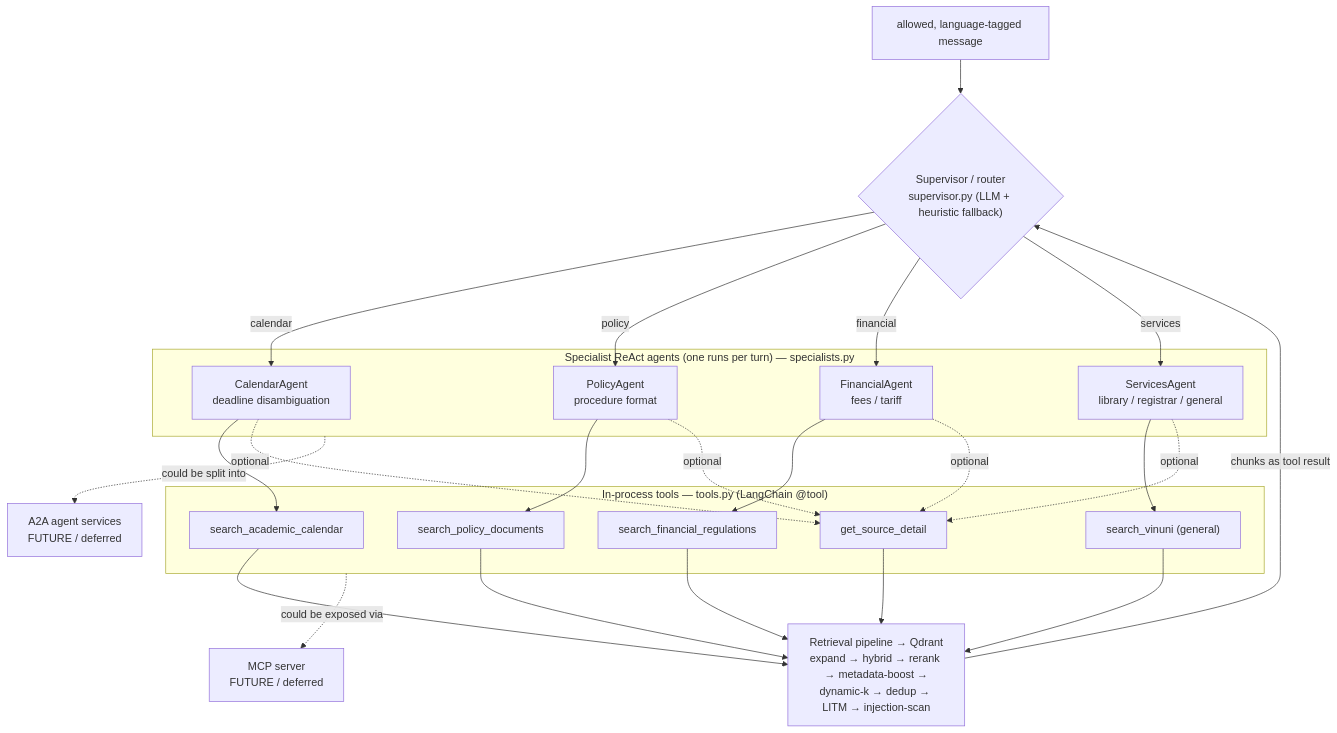
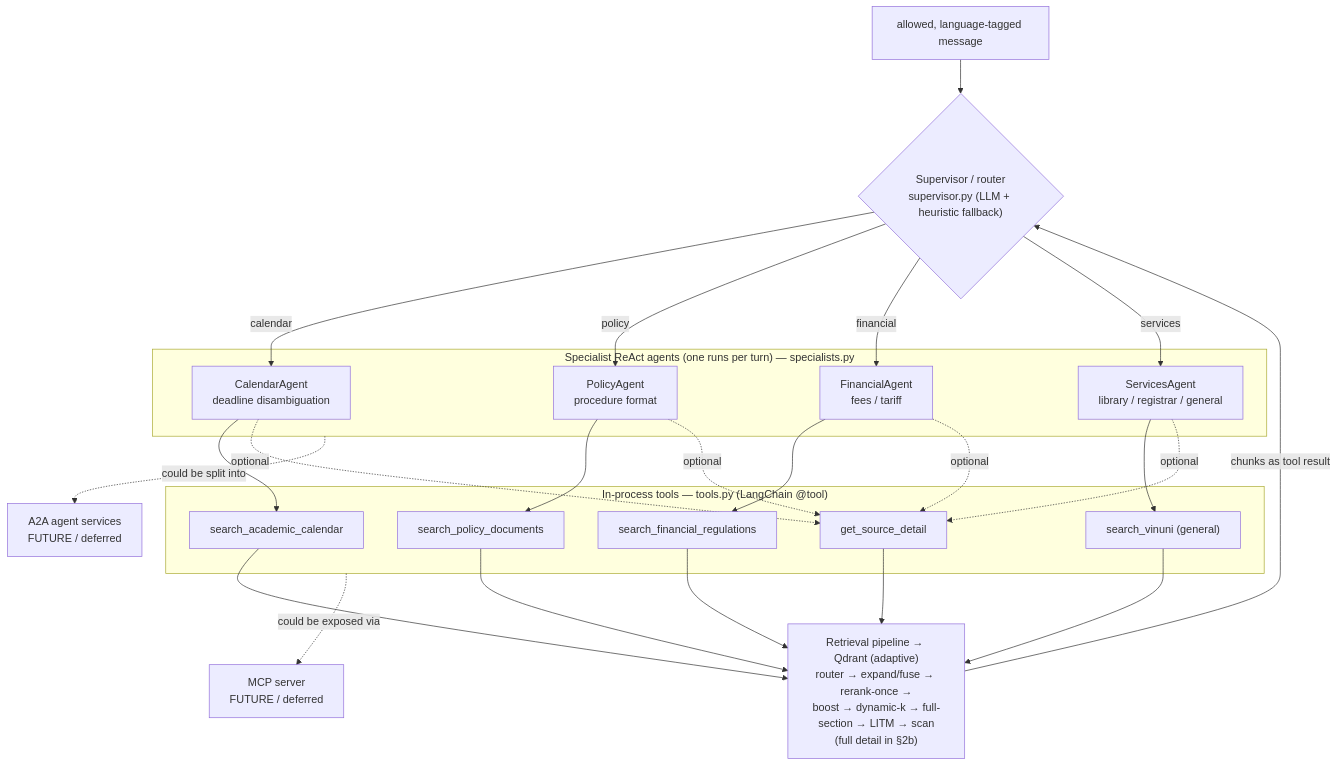
Before and after one commit to Itvc0110/VinChatbot: the fourth of 5 diagrams in ARCHITECTURE.md, drawn with Mermaid. The commit also changed other lines of this file and 30 other files, not shown here.

Commit message:
Feat: Implement adaptive retrieval for point-lookup queries and update documents

````diff
--- a/ARCHITECTURE.md
+++ b/ARCHITECTURE.md
@@ -111,43 +151,43 @@
 ```mermaid
 flowchart TD
     q["allowed, language-tagged message"]
     sup{"Supervisor / router<br/>supervisor.py (LLM + heuristic fallback)"}
 
     subgraph specs["Specialist ReAct agents (one runs per turn) — specialists.py"]
         cal["CalendarAgent<br/>deadline disambiguation"]
         pol["PolicyAgent<br/>procedure format"]
         fin["FinancialAgent<br/>fees / tariff"]
         svc["ServicesAgent<br/>library / registrar / general"]
     end
 
     subgraph tools["In-process tools — tools.py (LangChain @tool)"]
         t1["search_academic_calendar"]
         t2["search_policy_documents"]
         t3["search_financial_regulations"]
         t4["search_vinuni (general)"]
         t5["get_source_detail"]
     end
 
-    retr["Retrieval pipeline → Qdrant<br/>expand → hybrid → rerank → metadata-boost →<br/>dynamic-k → dedup → LITM → injection-scan"]
+    retr["Retrieval pipeline → Qdrant (adaptive)<br/>router → expand/fuse → rerank-once →<br/>boost → dynamic-k → full-section → LITM → scan<br/>(full detail in §2b)"]
 
     q --> sup
     sup -->|calendar| cal --> t1
     sup -->|policy| pol --> t2
     sup -->|financial| fin --> t3
     sup -->|services| svc --> t4
     cal -.optional.-> t5
     pol -.optional.-> t5
     fin -.optional.-> t5
     svc -.optional.-> t5
     t1 --> retr
     t2 --> retr
     t3 --> retr
     t4 --> retr
     t5 --> retr
     retr -->|chunks as tool result| sup
 
     mcp["MCP server<br/>FUTURE / deferred"]
     a2a["A2A agent services<br/>FUTURE / deferred"]
     tools -. "could be exposed via" .-> mcp
     specs -. "could be split into" .-> a2a
 ```
````
